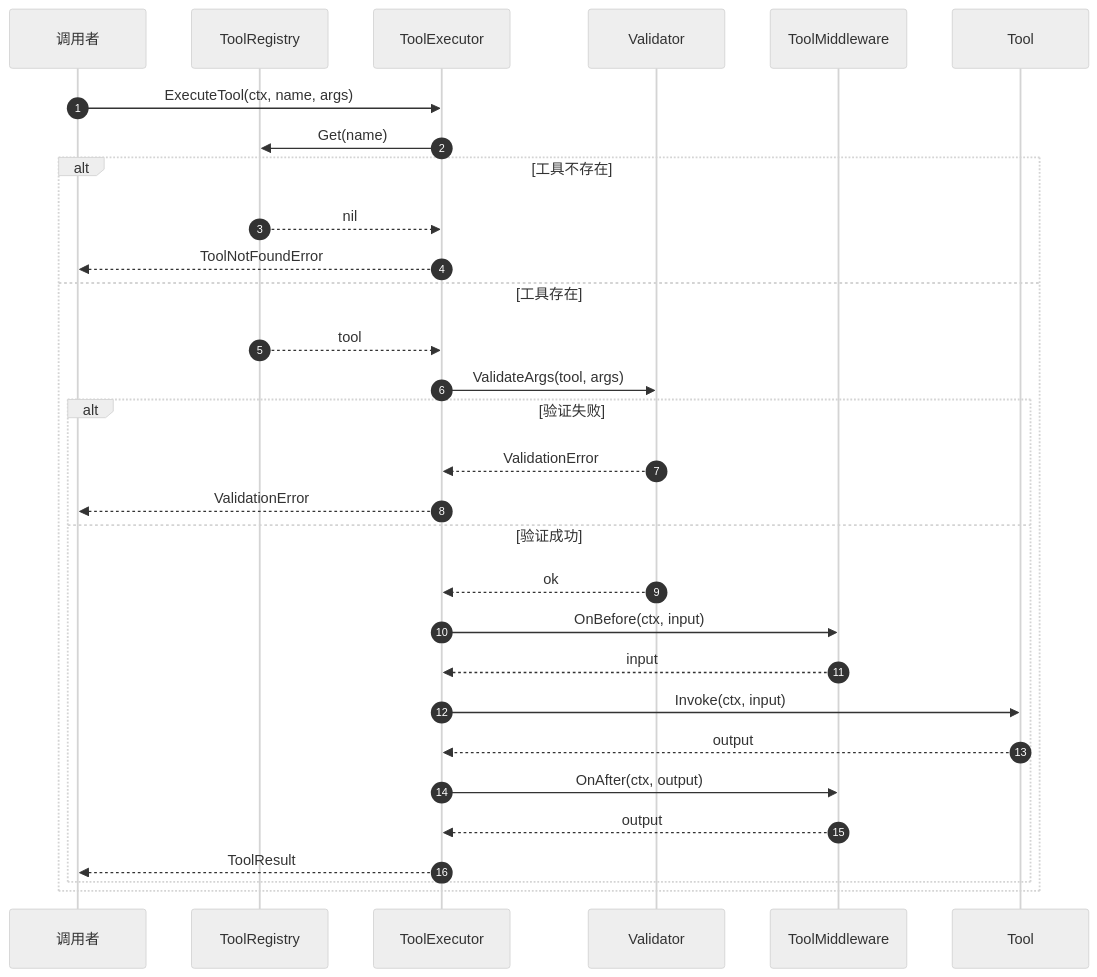
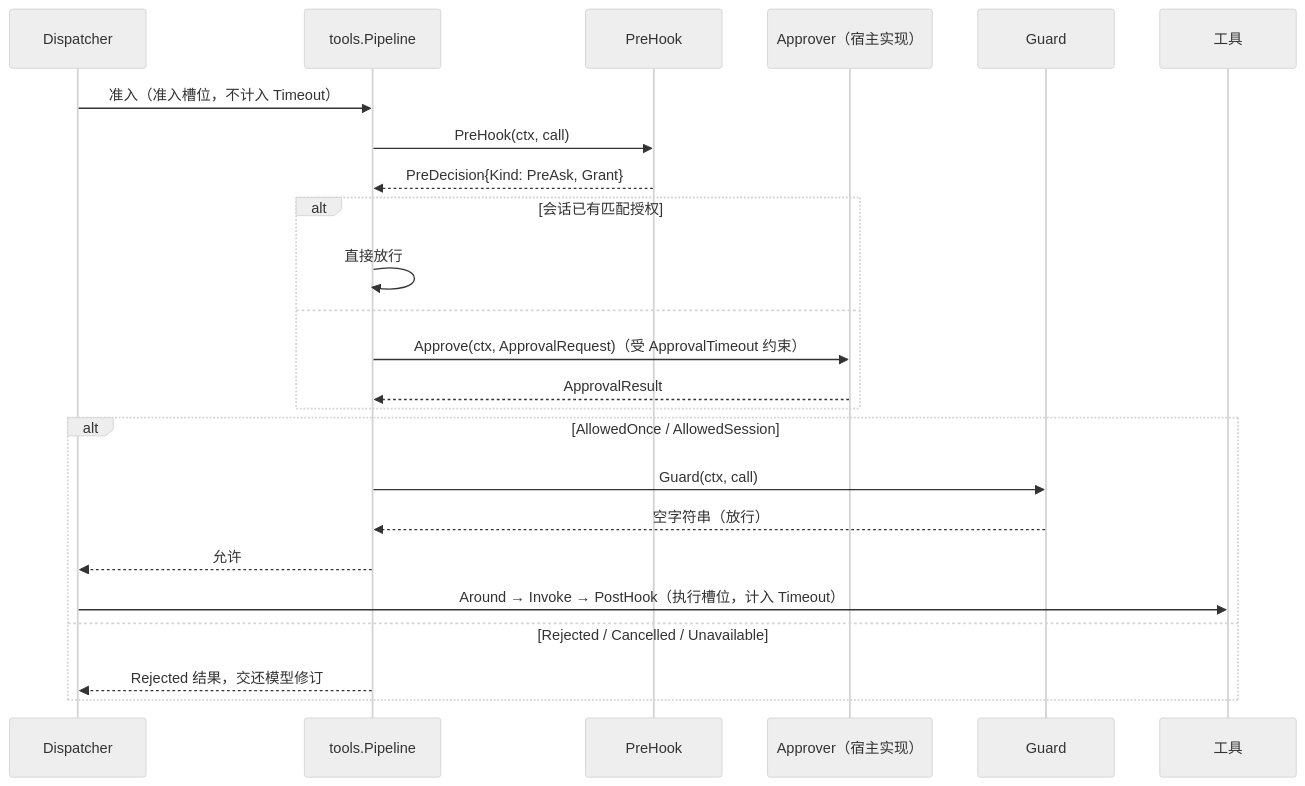
Before and after one commit to kart-io/goagent: the third of 5 diagrams in docs/design/SEQUENCE_DIAGRAMS.md, drawn with Mermaid (neutral theme). The commit also changed other lines of this file and 87 other files, not shown here.

````diff
--- a/docs/design/SEQUENCE_DIAGRAMS.md
+++ b/docs/design/SEQUENCE_DIAGRAMS.md
@@ -201,39 +75,27 @@
 ```mermaid
 sequenceDiagram
-    autonumber
-    participant Caller as 调用者
-    participant Registry as ToolRegistry
-    participant Executor as ToolExecutor
-    participant Validator as Validator
-    participant MW as ToolMiddleware
-    participant Tool as Tool
+    participant D as Dispatcher
+    participant P as tools.Pipeline
+    participant Pre as PreHook
+    participant Ap as Approver（宿主实现）
+    participant G as Guard
+    participant T as 工具
 
-    Caller->>Executor: ExecuteTool(ctx, name, args)
-    Executor->>Registry: Get(name)
-
-    alt 工具不存在
-        Registry-->>Executor: nil
-        Executor-->>Caller: ToolNotFoundError
-    else 工具存在
-        Registry-->>Executor: tool
-
-        Executor->>Validator: ValidateArgs(tool, args)
-        alt 验证失败
-            Validator-->>Executor: ValidationError
-            Executor-->>Caller: ValidationError
-        else 验证成功
-            Validator-->>Executor: ok
-
-            Executor->>MW: OnBefore(ctx, input)
-            MW-->>Executor: input
-
-            Executor->>Tool: Invoke(ctx, input)
-            Tool-->>Executor: output
-
-            Executor->>MW: OnAfter(ctx, output)
-            MW-->>Executor: output
-
-            Executor-->>Caller: ToolResult
-        end
+    D->>P: 准入（准入槽位，不计入 Timeout）
+    P->>Pre: PreHook(ctx, call)
+    Pre-->>P: PreDecision{Kind: PreAsk, Grant}
+    alt 会话已有匹配授权
+        P->>P: 直接放行
+    else
+        P->>Ap: Approve(ctx, ApprovalRequest)（受 ApprovalTimeout 约束）
+        Ap-->>P: ApprovalResult
+    end
+    alt AllowedOnce / AllowedSession
+        P->>G: Guard(ctx, call)
+        G-->>P: 空字符串（放行）
+        P-->>D: 允许
+        D->>T: Around → Invoke → PostHook（执行槽位，计入 Timeout）
+    else Rejected / Cancelled / Unavailable
+        P-->>D: Rejected 结果，交还模型修订
     end
 ```
````
